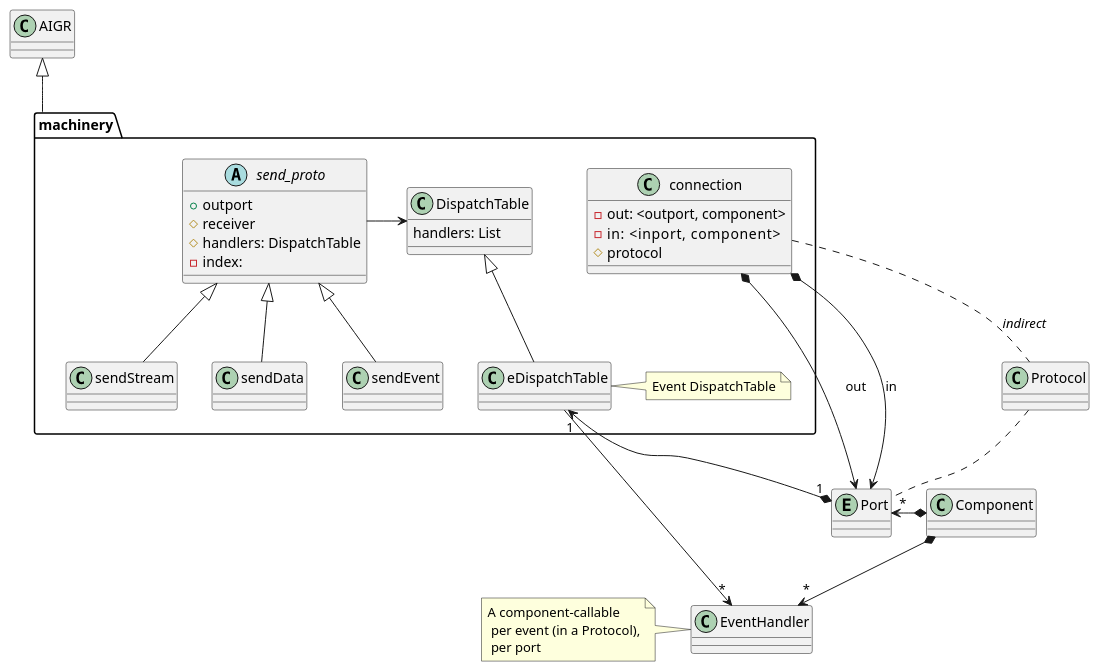
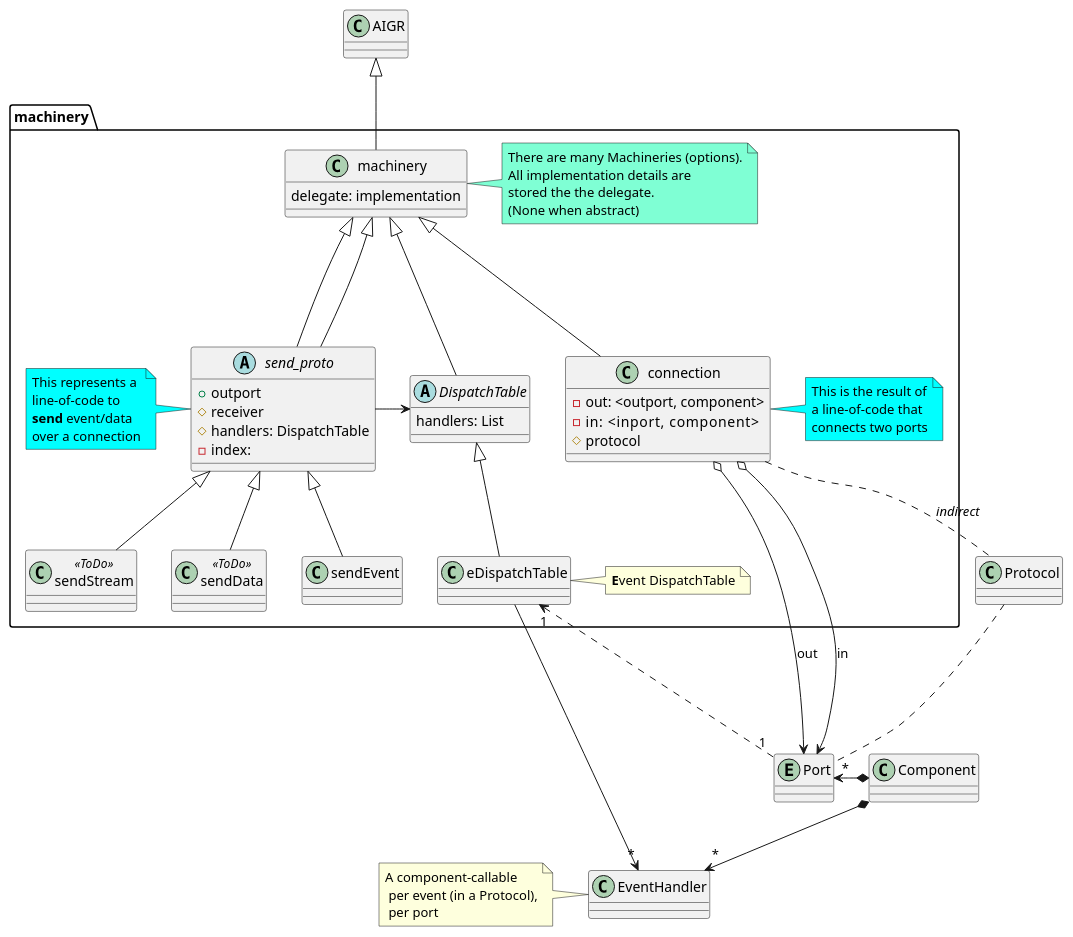
Before and after one commit to AlbertMietus/DocIdeas.hg: the diagram in CCastle/DocParts/Design/50.notes/240408-aigr-machinery.rst, drawn with PlantUML.

Commit message:
aigr-nodes for machinery... updated

```diff
--- a/CCastle/DocParts/Design/50.notes/240408-aigr-machinery.rst
+++ b/CCastle/DocParts/Design/50.notes/240408-aigr-machinery.rst
@@ -8,11 +8,22 @@
 
    package machinery {
 
-   class DispatchTable {
+   class "machinery" as M {
+   delegate: implementation
+   }
+   note right #aquamarine
+      There are many Machineries (options).
+      All implementation details are
+      stored the the delegate.
+      (None when abstract)
+   endnote
+
+
+   abstract DispatchTable {
      handlers: List
    }
    DispatchTable <|-- eDispatchTable
-   note right: Event DispatchTable
+   note right: **E**vent DispatchTable
 
    abstract send_proto {
      + outport
@@ -20,6 +31,15 @@
      # handlers: DispatchTable
      - index:
    }
+   note left #aqua
+      This represents a
+      line-of-code to
+      **send** event/data
+      over a connection
+   end note
+   class sendStream <<ToDo>> {}
+   class sendData  <<ToDo>> {}
+   class sendEvent {}
    send_proto  <|-- sendStream
    send_proto  <|-- sendData
    send_proto  <|-- sendEvent
@@ -31,9 +51,18 @@
      - in:    <inport,  component>
      # protocol
    }
+   note right #aqua
+     This is the result of
+     a line-of-code that
+     connects two ports
+   endnote
+   M <|--- send_proto
+   M <|--- connection
+   M <|--- send_proto
+   M <|--- DispatchTable
 
    }
-   AIGR <|--machinery
+   AIGR <|--M
 
    class EventHandler
    note left: A component-callable\n per event (in a Protocol),\n per port
@@ -43,14 +72,14 @@
    'metaclass Component
    class Component
 
-   connection  *->  Port: out
-   connection  *->  Port: in
+   connection  o->  Port: out
+   connection  o->  Port: in
    connection  ..   Protocol : //indirect//
    Protocol    ..   Port
    Port "*" <-* Component
 
    eDispatchTable      ->    "*"  EventHandler
-   eDispatchTable  "1" <-*   "1"  Port
+   eDispatchTable  "1" <...  "1"  Port
    Component           *-->  "*" EventHandler
 
    @enduml
```
